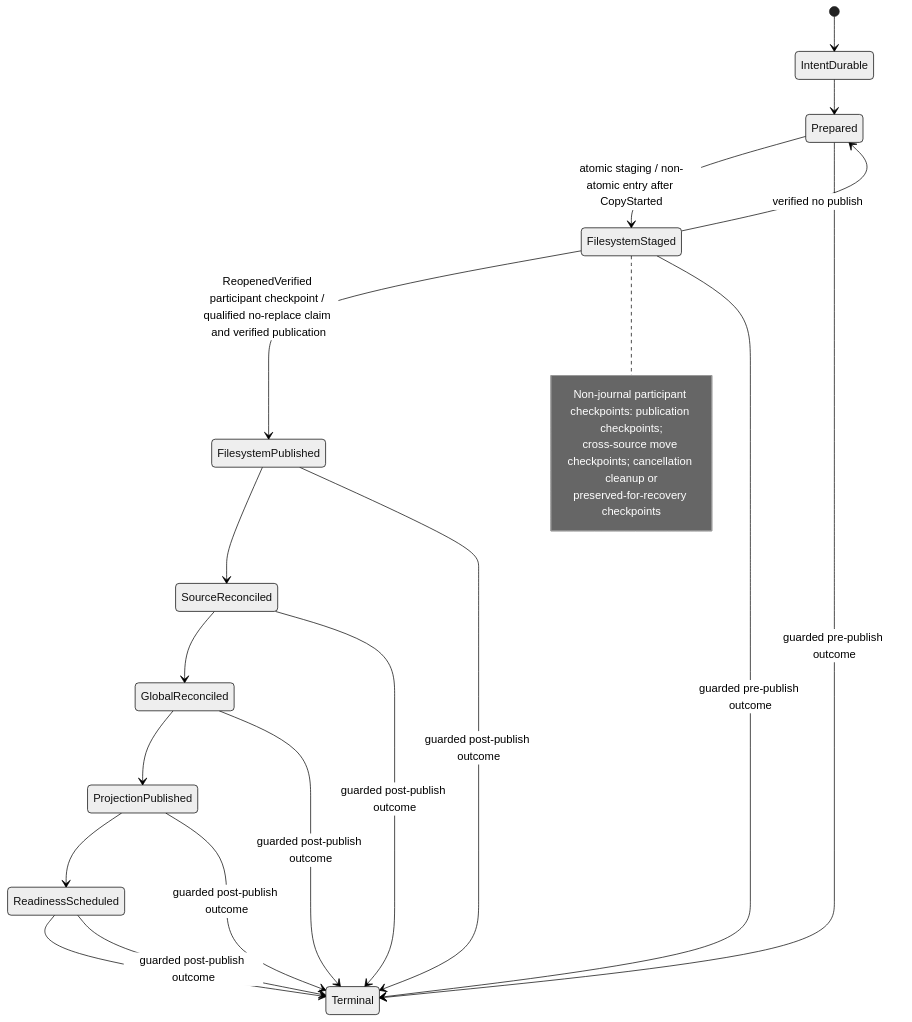
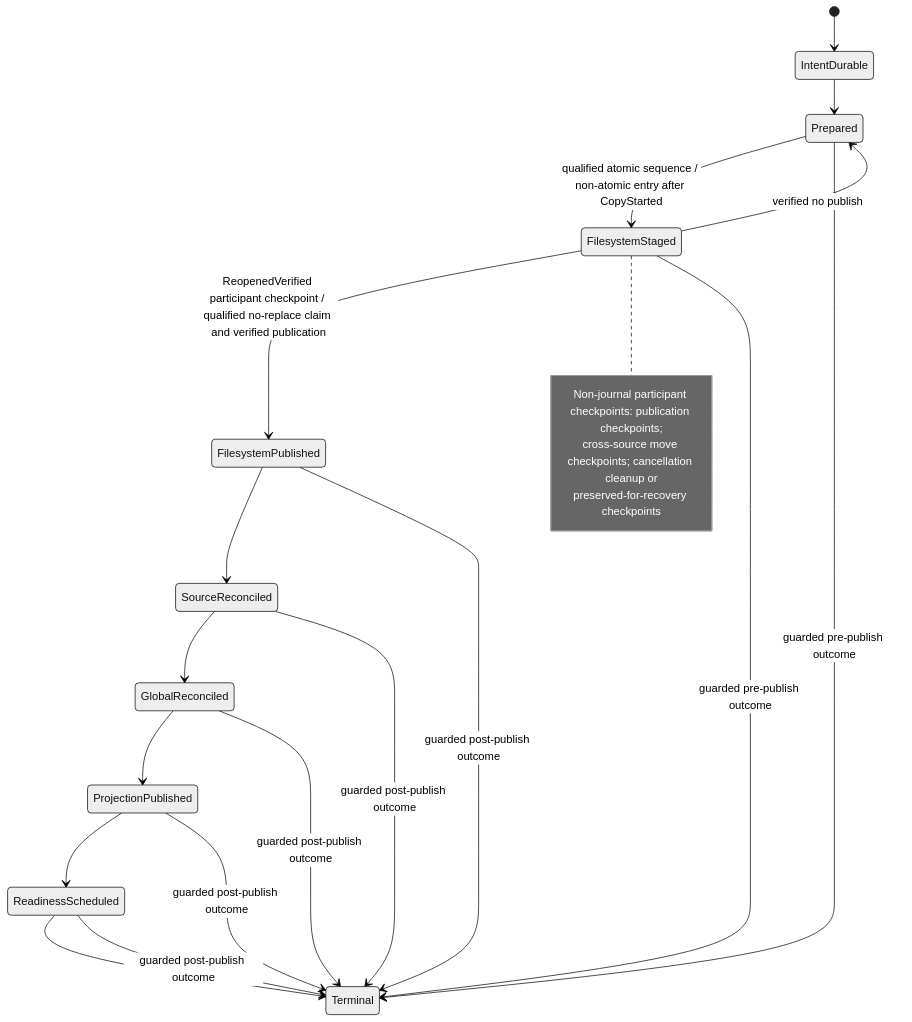
The diagram in docs/IO_ARCHITECTURE_TARGET.md (PORTALSURFER/sempal), drawn with Mermaid (neutral theme) before and after one commit. The commit also changed other lines of this file, not shown here.

````diff
--- a/docs/IO_ARCHITECTURE_TARGET.md
+++ b/docs/IO_ARCHITECTURE_TARGET.md
@@ -592,25 +610,25 @@
 ```mermaid
 stateDiagram-v2
     [*] --> IntentDurable
     IntentDurable --> Prepared
-    Prepared --> FilesystemStaged : atomic staging / non-atomic entry after CopyStarted
+    Prepared --> FilesystemStaged : qualified atomic sequence / non-atomic entry after CopyStarted
     FilesystemStaged --> Prepared : verified no publish
     FilesystemStaged --> FilesystemPublished : ReopenedVerified participant checkpoint / qualified no-replace claim and verified publication
     note right of FilesystemStaged
         Non-journal participant checkpoints: publication checkpoints;
         cross-source move checkpoints; cancellation cleanup or
         preserved-for-recovery checkpoints
     end note
     FilesystemPublished --> SourceReconciled
     SourceReconciled --> GlobalReconciled
     GlobalReconciled --> ProjectionPublished
     ProjectionPublished --> ReadinessScheduled
     ReadinessScheduled --> Terminal
     Prepared --> Terminal : guarded pre-publish outcome
     FilesystemStaged --> Terminal : guarded pre-publish outcome
     FilesystemPublished --> Terminal : guarded post-publish outcome
     SourceReconciled --> Terminal : guarded post-publish outcome
     GlobalReconciled --> Terminal : guarded post-publish outcome
     ProjectionPublished --> Terminal : guarded post-publish outcome
     ReadinessScheduled --> Terminal : guarded post-publish outcome
 ```
````
